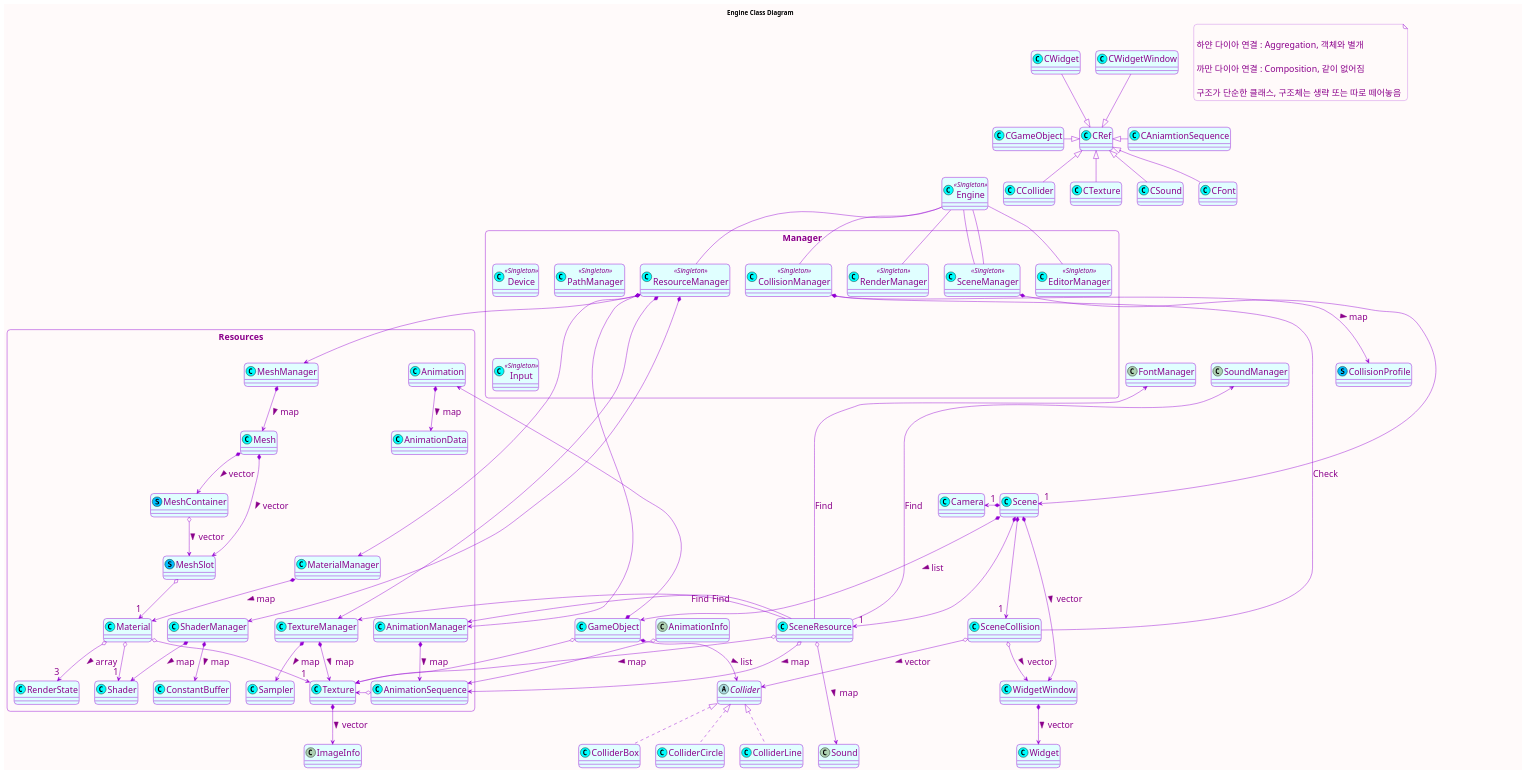
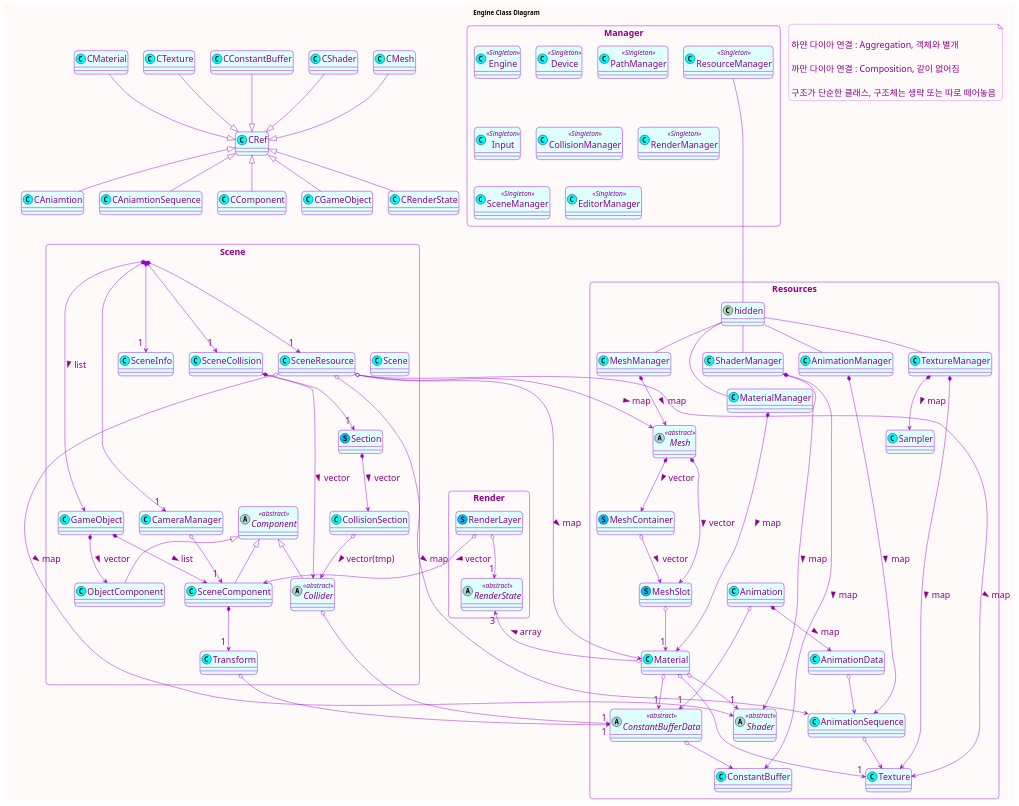
The diagram in docs/diagram/DX_Engine_object_diagram.wsd (leekkang/StudyEngineering), drawn with PlantUML before and after one commit. The commit also changed 3 other files, not shown here.

Commit message:
update dx class diagram

```diff
--- a/docs/diagram/DX_Engine_object_diagram.wsd
+++ b/docs/diagram/DX_Engine_object_diagram.wsd
@@ -38,9 +38,9 @@
   구조가 단순한 클래스, 구조체는 생략 또는 따로 떼어놓음
 end note
 
-class Engine <<(C, Aqua) Singleton>>
 
 package Manager <<Rectangle>> {
+  class Engine <<(C, Aqua) Singleton>>
   class Device <<(C, Aqua) Singleton>>
   class PathManager <<(C, Aqua) Singleton>>
   class Input <<(C, Aqua) Singleton>>
@@ -51,27 +51,26 @@
   class EditorManager <<(C, Aqua) Singleton>>
 }
 
-class CollisionProfile <<(S, DeepSkyBlue)>>
-
 package Resources <<Rectangle>> {
+  class hidden
   class ShaderManager <<(C, Aqua)>>
   class TextureManager <<(C, Aqua)>>
   class MaterialManager <<(C, Aqua)>>
   class MeshManager <<(C, Aqua)>>
   class AnimationManager <<(C, Aqua)>>
 
-  class Shader <<(C, Aqua)>>
+  abstract class Shader <<abstract>>
   class ConstantBuffer <<(C, Aqua)>>
+  abstract class ConstantBufferData <<abstract>>
 
   class Texture <<(C, Aqua)>>
   class Sampler <<(C, Aqua)>>
 
   class Material <<(C, Aqua)>>
-  class RenderState <<(C, Aqua)>>
 
-  class Mesh <<(C, Aqua)>>
-  class MeshContainer <<(S, DeepSkyBlue)>>
-  class MeshSlot <<(S, DeepSkyBlue)>>
+  abstract class Mesh <<abstract>>
+  struct MeshContainer <<(S, DeepSkyBlue)>>
+  struct MeshSlot <<(S, DeepSkyBlue)>>
 
   class Animation <<(C, Aqua)>>
   class AnimationData <<(C, Aqua)>>
@@ -83,127 +82,129 @@
   'class Font <<(C, Aqua)>>
 }
 
-class Scene <<(C, Aqua)>>
-class GameObject <<(C, Aqua)>>
-class Camera <<(C, Aqua)>>
-class SceneCollision <<(C, Aqua)>>
-class SceneResource <<(C, Aqua)>>
-class WidgetWindow <<(C, Aqua)>>
-class Widget <<(C, Aqua)>>
+package Render <<Rectangle>> {
+  class RenderLayer <<(S, DeepSkyBlue)>>
+  abstract class RenderState <<abstract>>
+}
 
-abstract class Collider
-class ColliderBox <<(C, Aqua)>>
-class ColliderCircle <<(C, Aqua)>>
-class ColliderLine <<(C, Aqua)>>
+package Scene <<Rectangle>> {
+  class Scene <<(C, Aqua)>>
+  class SceneInfo <<(C, Aqua)>>
+  class SceneResource <<(C, Aqua)>>
+  class SceneCollision <<(C, Aqua)>>
+  class CameraManager <<(C, Aqua)>>
+
+  struct Section <<(S, DeepSkyBlue)>>
+  class CollisionSection <<(C, Aqua)>>
+  abstract class Collider <<abstract>>
+
+  class GameObject <<(C, Aqua)>>
+  abstract class Component <<abstract>>
+  class SceneComponent <<(C, Aqua)>>
+  class Transform <<(C, Aqua)>>
+  class ObjectComponent <<(C, Aqua)>>
+}
 
 
 class CRef <<(C, Aqua)>>
+class CShader <<(C, Aqua)>>
+class CConstantBuffer <<(C, Aqua)>>
+class CTexture <<(C, Aqua)>>
+class CMaterial <<(C, Aqua)>>
+class CMesh <<(C, Aqua)>>
+class CRenderState <<(C, Aqua)>>
+class CAniamtion <<(C, Aqua)>>
+class CAniamtionSequence <<(C, Aqua)>>
+class CComponent <<(C, Aqua)>>
 class CGameObject <<(C, Aqua)>>
-class CCollider <<(C, Aqua)>>
-class CTexture <<(C, Aqua)>>
-class CAniamtionSequence <<(C, Aqua)>>
-class CSound <<(C, Aqua)>>
-class CFont <<(C, Aqua)>>
-class CWidget <<(C, Aqua)>>
-class CWidgetWindow <<(C, Aqua)>>
 
 
 
-Engine -left- hidden1
-hidden1 -up- CRef
-CRef <|-left-  CGameObject
-CRef <|--  CCollider
-CRef <|--  CTexture
-CRef <|-right-  CAniamtionSequence
-CRef <|--  CSound
-CRef <|--  CFont
-CRef <|-up-  CWidgetWindow
-CRef <|-up-  CWidget
+
+CRef <|-up-  CShader
+CRef <|-up-  CConstantBuffer
+CRef <|-up-  CTexture
+CRef <|-up-  CMaterial
+CRef <|-up-  CMesh
+CRef <|--  CRenderState
+CRef <|--  CAniamtion
+CRef <|--  CAniamtionSequence
+CRef <|--  CComponent
+CRef <|--  CGameObject
 
 
 'Engine -- Device
 'Engine -- Input
 'Engine -- PathManager
-Engine -- CollisionManager
-CollisionManager *--> CollisionProfile : map >
-Engine -- ResourceManager
-Engine -- RenderManager
-Engine -- SceneManager
-Engine -- EditorManager
+' Engine -- CollisionManager
+' Engine -- ResourceManager
+' Engine -- RenderManager
+' Engine -- SceneManager
+' Engine -- EditorManager
 
-
-  ResourceManager *--> ShaderManager
-  ResourceManager *--> TextureManager
-  ResourceManager *--> MaterialManager
-  ResourceManager *--> MeshManager
-  ResourceManager *--> AnimationManager
-  'ResourceManager *--> SoundManager
-  'ResourceManager *--> FontManager
+  ' ResourceManager *--> ShaderManager
+  ' ResourceManager *--> TextureManager
+  ' ResourceManager *--> MaterialManager
+  ' ResourceManager *--> MeshManager
+  ' ResourceManager *--> AnimationManager
+  ResourceManager ----- hidden
+  hidden -- ShaderManager
+  hidden -- TextureManager
+  hidden -- MaterialManager
+  hidden -- MeshManager
+  hidden -- AnimationManager
     ShaderManager *--> Shader : map >
-    ShaderManager *--> ConstantBuffer : map >
+    ShaderManager *-------> ConstantBuffer : map >
+      ConstantBufferData o--> ConstantBuffer
     TextureManager *--> Texture : map >
     TextureManager *--> Sampler : map >
     MaterialManager *--> Material : map >
       Material o--> "1" Texture
       Material o--> "1" Shader
       Material o--> "3" RenderState : array >
+      Material o--> "1" ConstantBufferData
     MeshManager *--> Mesh : map >
       Mesh *--> MeshContainer : vector >
       Mesh *--> MeshSlot : vector >
         MeshContainer o--> MeshSlot : vector >
         MeshSlot o--> "1" Material
-    
-    AnimationManager *--> AnimationSequence : map >
+    AnimationManager *------> AnimationSequence : map >
       Animation *--> AnimationData : map >
-      AnimationInfo o--> AnimationSequence
-      AnimationSequence o-> Texture
-    'SoundManager *--> Sound : map >
-    'FontManager *--> Font : map >
+      AnimationData o--> AnimationSequence
+      AnimationSequence o--> Texture
+        Animation o--> "1" ConstantBufferData
 
-    TextureManager -- hidden
-    AnimationManager -- hidden
-    SoundManager -- hidden
-    FontManager -- hidden
-    hidden -- Scene
+  'RenderManager *--> RenderLayer : map >
+    RenderLayer o--> "1" RenderState
+    RenderLayer o-->  SceneComponent : vector >
 
+  'SceneManager *--> " 1 " Scene
+    Scene *--> " 1 " SceneInfo
+    Scene *--> " 1 " CameraManager
+      CameraManager o--> " 1 " SceneComponent
+    Scene *---> " 1 " SceneResource
+    Scene *---> " 1 " SceneCollision
+    Scene *--->  GameObject : list >
+      SceneResource o---> Shader : map >
+      SceneResource o---> Texture : map >
+      SceneResource o---> Material : map >
+      SceneResource o---> Mesh : map >
+      SceneResource o---> AnimationSequence : map >
+'     SceneResource o---> Sound : map >
+      SceneCollision *-->  " 1 " Section
+      SceneCollision *-->  Collider : vector >
+        Section *--> CollisionSection : vector >
+          CollisionSection o--> Collider : vector(tmp) >
 
+      Component <|--  Collider
+        Collider o--> "1" ConstantBufferData
+      Component <|--  SceneComponent
+      Component <|--  ObjectComponent
+      GameObject *-->  SceneComponent : list >
+      GameObject *-->  ObjectComponent : vector >
+        SceneComponent *--> " 1 " Transform
+          Transform o--> "1" ConstantBufferData
 
-
-
-
-
-
-
-
-Engine -- SceneManager
-SceneManager *----> " 1 " Scene
-Scene *-left-> " 1 " Camera
-Scene *---> " 1 " SceneResource
-Scene *---> " 1 " SceneCollision
-Scene *--->  GameObject : list >
-Scene *--->  WidgetWindow : vector >
-WidgetWindow *-->  Widget : vector >
-SceneCollision o-->  Collider : vector >
-SceneCollision o-->  WidgetWindow : vector >
-
-SceneResource o---> Texture : map >
-Texture *--> ImageInfo : vector >
-SceneResource o---> AnimationSequence : map >
-SceneResource o---> Sound : map >
-SceneResource -up---> TextureManager : Find
-SceneResource -up---> AnimationManager : Find
-SceneResource -up---> SoundManager : Find
-SceneResource -up---> FontManager : Find
-
-
-GameObject *-->  Collider : list >
-Collider <|..  ColliderBox
-Collider <|..  ColliderCircle
-Collider <|..  ColliderLine
-SceneCollision -up-> CollisionManager : Check
-
-GameObject o--> Texture
-GameObject *--> Animation
 
 hide hidden
 hide hidden1
```
